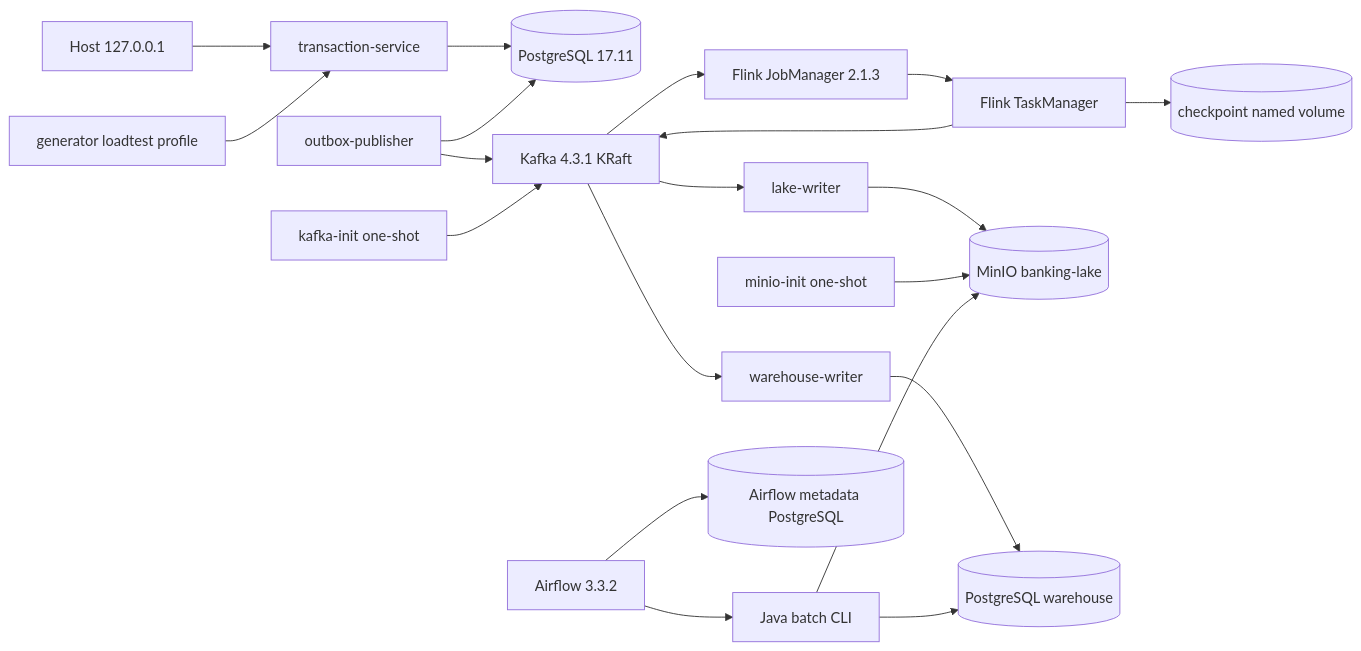
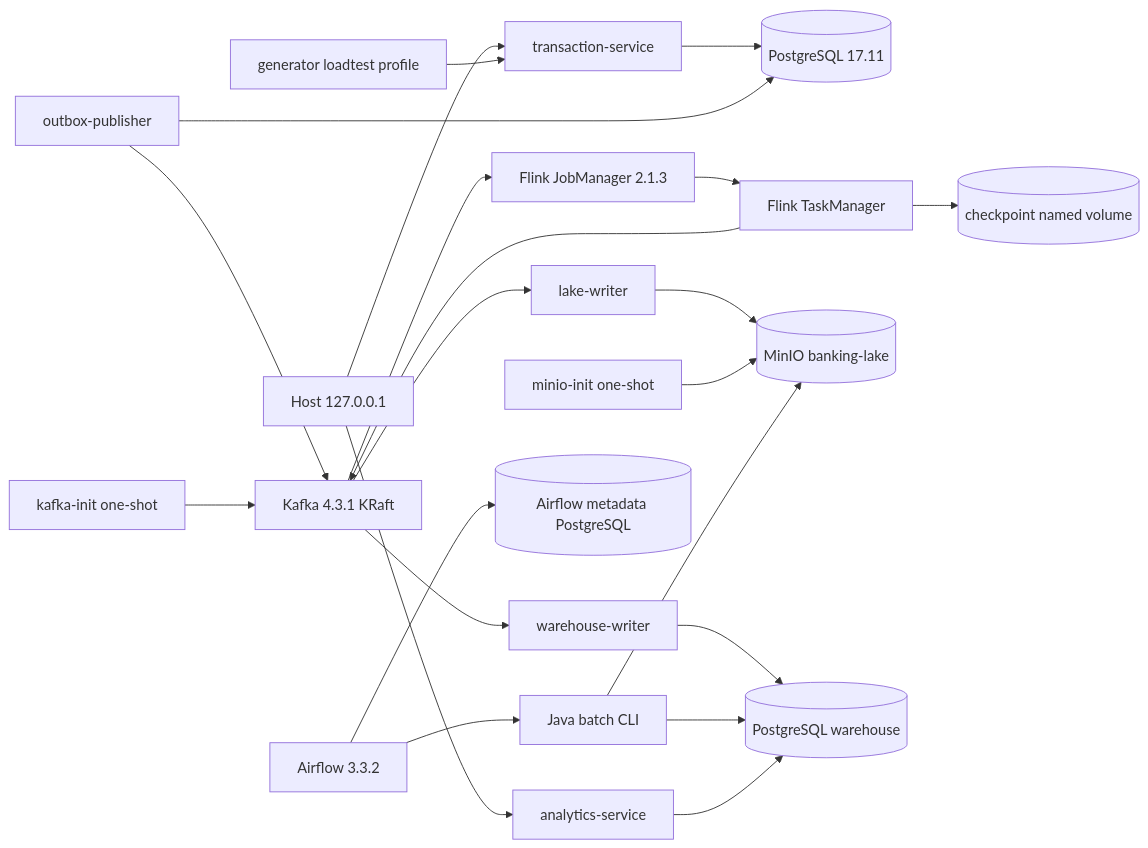
The third of 3 diagrams in docs/architecture.md (hquan07/java-banking-data-platform), drawn with Mermaid before and after one commit. The commit also changed other lines of this file and 31 other files, not shown here.

````diff
--- a/docs/architecture.md
+++ b/docs/architecture.md
@@ -72,22 +73,24 @@
 ```mermaid
 flowchart LR
     HOST[Host 127.0.0.1] --> API[transaction-service]
     API --> PG[(PostgreSQL 17.11)]
     PUB[outbox-publisher] --> PG
     PUB --> K[Kafka 4.3.1 KRaft]
     INIT[kafka-init one-shot] --> K
     GEN[generator loadtest profile] --> API
     K --> JM[Flink JobManager 2.1.3]
     JM --> TM[Flink TaskManager]
     TM --> K
     TM --> CP[(checkpoint named volume)]
     K --> LW[lake-writer]
     LW --> M[(MinIO banking-lake)]
     MI[minio-init one-shot] --> M
     K --> WW[warehouse-writer]
     WW --> WH[(PostgreSQL warehouse)]
     AF[Airflow 3.3.2] --> BP[Java batch CLI]
     AF --> ADB[(Airflow metadata PostgreSQL)]
     BP --> WH
     BP --> M
+    HOST --> AN[analytics-service]
+    AN --> WH
 ```
````
